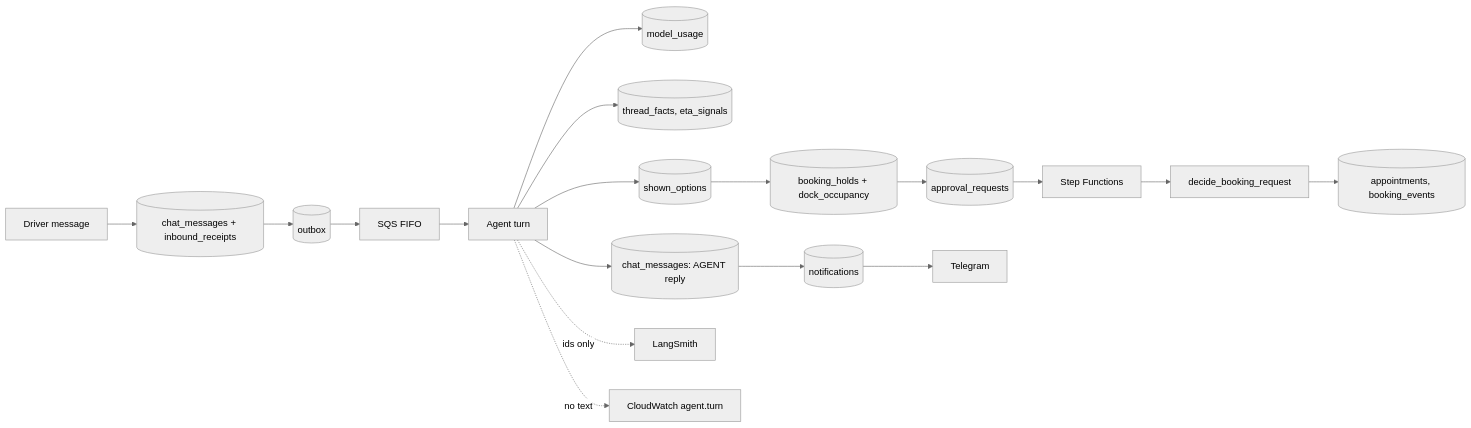
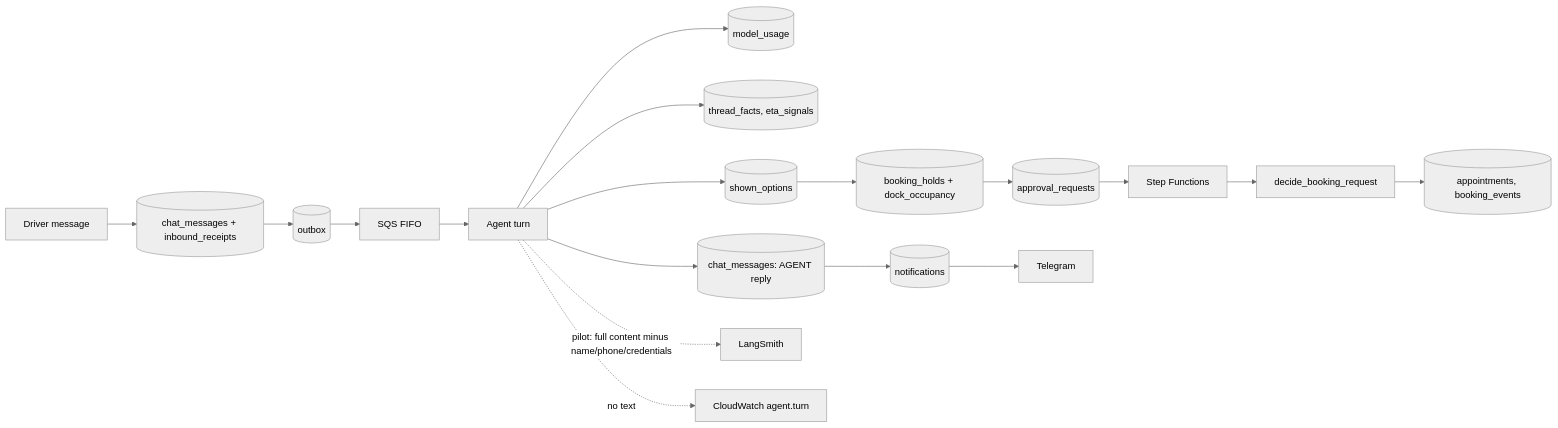
One commit to amolam/setuhaul-logistics changed the fifth of 10 diagrams in artifacts/fde-demo/SetuHaul_FDE_Technical_Appendix.md. Above: the diagram before and after it, drawn with Mermaid (neutral theme). The commit also changed other lines of this file and 12 other files, not shown here.

````diff
--- a/artifacts/fde-demo/SetuHaul_FDE_Technical_Appendix.md
+++ b/artifacts/fde-demo/SetuHaul_FDE_Technical_Appendix.md
@@ -241,12 +249,12 @@
 ```mermaid
 flowchart LR
   M[Driver message] --> R[(chat_messages + inbound_receipts)]
   R --> O[(outbox)] --> Q[SQS FIFO] --> T[Agent turn]
   T --> MU[(model_usage)]
   T --> TF[(thread_facts, eta_signals)]
   T --> SO[(shown_options)] --> H[(booking_holds + dock_occupancy)] --> AR[(approval_requests)]
   AR --> SF[Step Functions] --> DEC[decide_booking_request] --> AP[(appointments, booking_events)]
   T --> RP[(chat_messages: AGENT reply)] --> N[(notifications)] --> TG[Telegram]
-  T -.ids only.-> LS[LangSmith]
+  T -.pilot: full content minus name/phone/credentials.-> LS[LangSmith]
   T -.no text.-> CWL[CloudWatch agent.turn]
 ```
````
